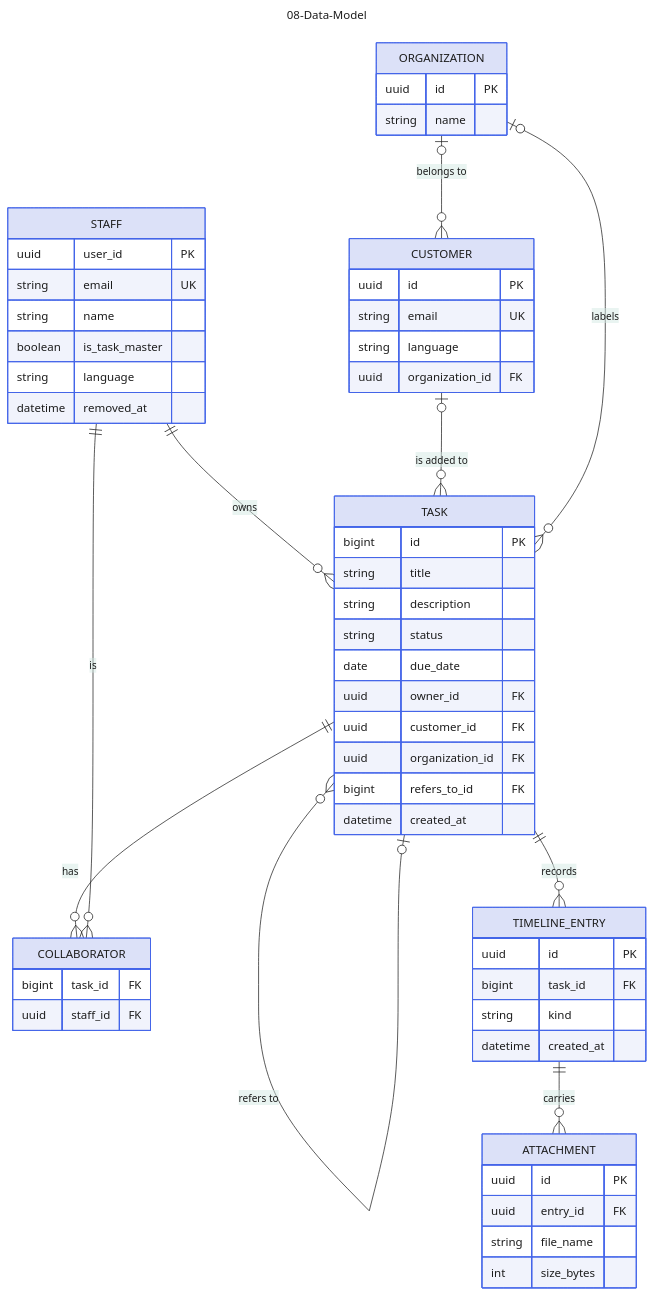
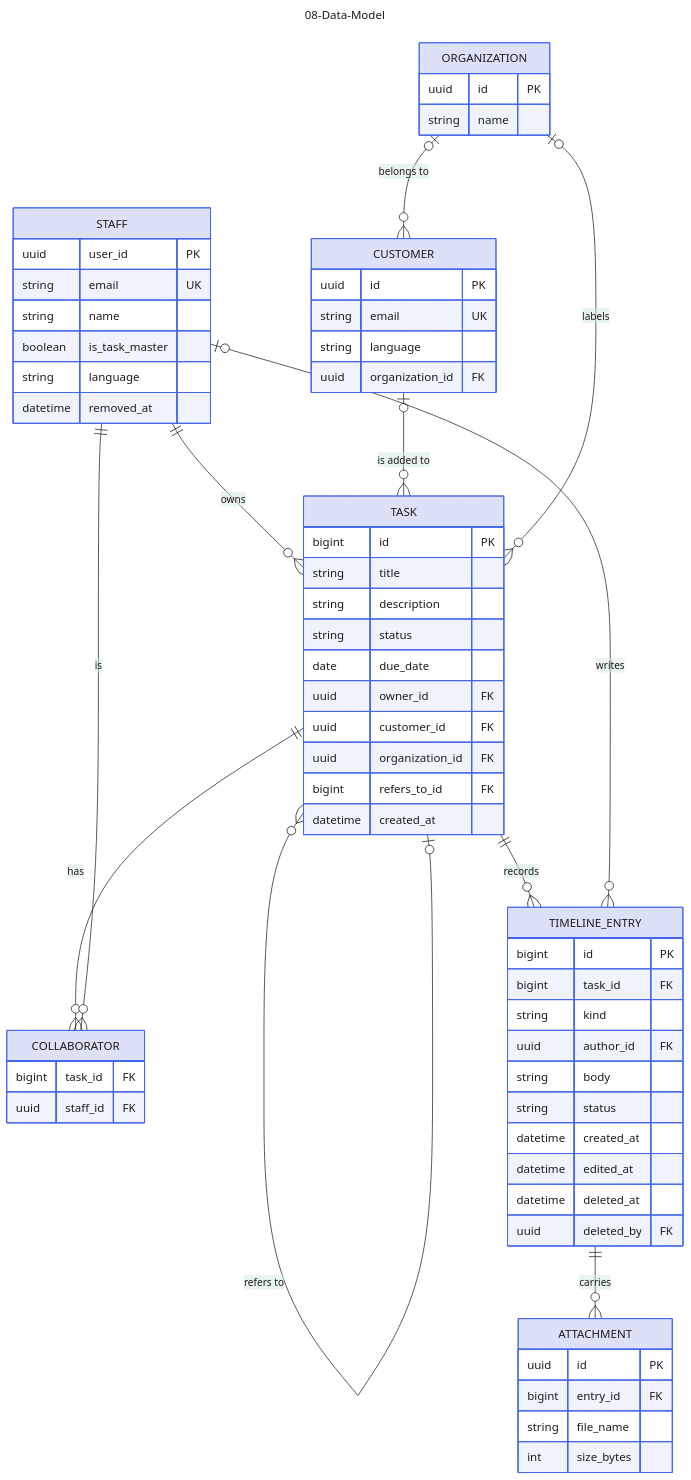
One commit to jedt3d/tasuku changed the diagram in docs/diagram/08-Data-Model.md. Above: the diagram before and after it, drawn with Mermaid. The commit also changed other lines of this file and 2 other files, not shown here.

Commit message:
docs: sync the data model diagram with the Timeline (#5)
TIMELINE_ENTRY is built: its key is a running number, and it carries the
author, the text, the status of a move and the edit and delete marks.
Diagram 10 now says the Timeline is built for Staff.

````diff
--- a/docs/diagram/08-Data-Model.md
+++ b/docs/diagram/08-Data-Model.md
@@ -112,14 +112,20 @@
     uuid staff_id FK
   }
   TIMELINE_ENTRY {
-    uuid id PK
+    bigint id PK
     bigint task_id FK
     string kind
+    uuid author_id FK
+    string body
+    string status
     datetime created_at
+    datetime edited_at
+    datetime deleted_at
+    uuid deleted_by FK
   }
   ATTACHMENT {
     uuid id PK
-    uuid entry_id FK
+    bigint entry_id FK
     string file_name
     int size_bytes
   }
@@ -131,5 +137,6 @@
   TASK ||--o{ COLLABORATOR : has
   STAFF ||--o{ COLLABORATOR : is
   TASK ||--o{ TIMELINE_ENTRY : records
+  STAFF |o--o{ TIMELINE_ENTRY : writes
   TIMELINE_ENTRY ||--o{ ATTACHMENT : carries
 ```
````
